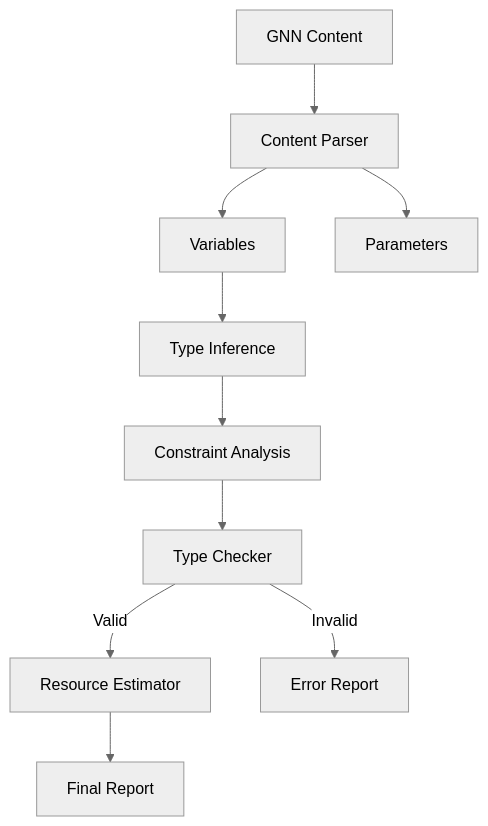
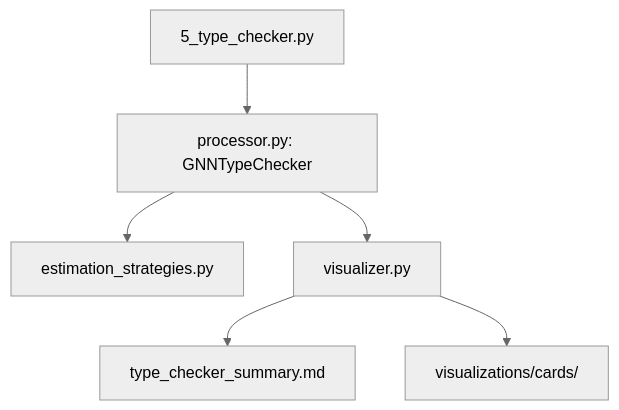
The diagram in src/type_checker/README.md (ActiveInferenceInstitute/GeneralizedNotationNotation), drawn with Mermaid (neutral theme) before and after one commit. The commit also changed other lines of this file and 1236 other files, not shown here.

````diff
--- a/src/type_checker/README.md
+++ b/src/type_checker/README.md
@@ -21,15 +8,8 @@
 ```mermaid
 graph TD
-    Input[GNN Content] --> Parser[Content Parser]
-    Parser --> Vars[Variables]
-    Parser --> Params[Parameters]
-    
-    Vars --> Infer[Type Inference]
-    Infer --> Constraints[Constraint Analysis]
-    
-    Constraints --> Check[Type Checker]
-    Check -->|Valid| Resource[Resource Estimator]
-    Check -->|Invalid| Error[Error Report]
-    
-    Resource --> Report[Final Report]
+    Pipeline[5_type_checker.py] --> Orchestrator[processor.py: GNNTypeChecker]
+    Orchestrator --> MathExt[estimation_strategies.py]
+    Orchestrator --> MatrixOutput[visualizer.py]
+    MatrixOutput --> ExecSumm[type_checker_summary.md]
+    MatrixOutput --> Cards[visualizations/cards/]
 ```
````
